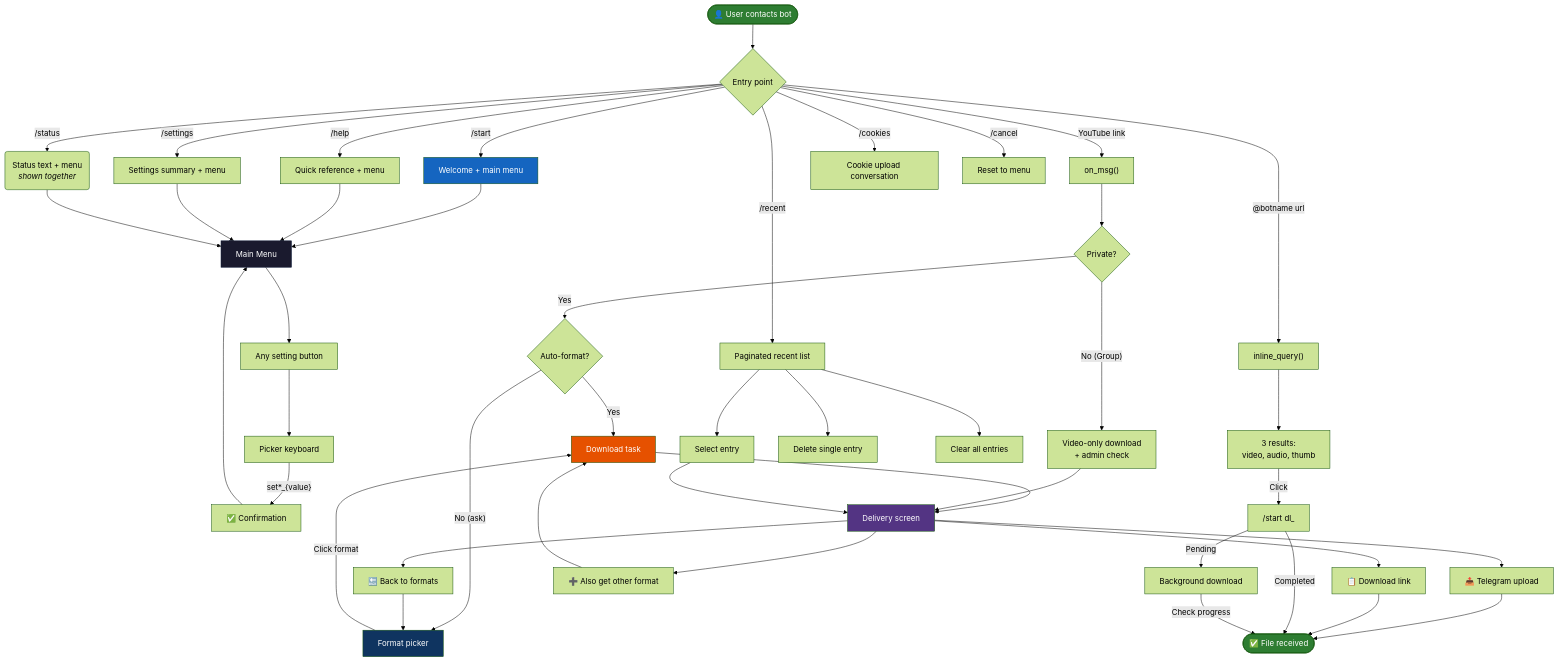
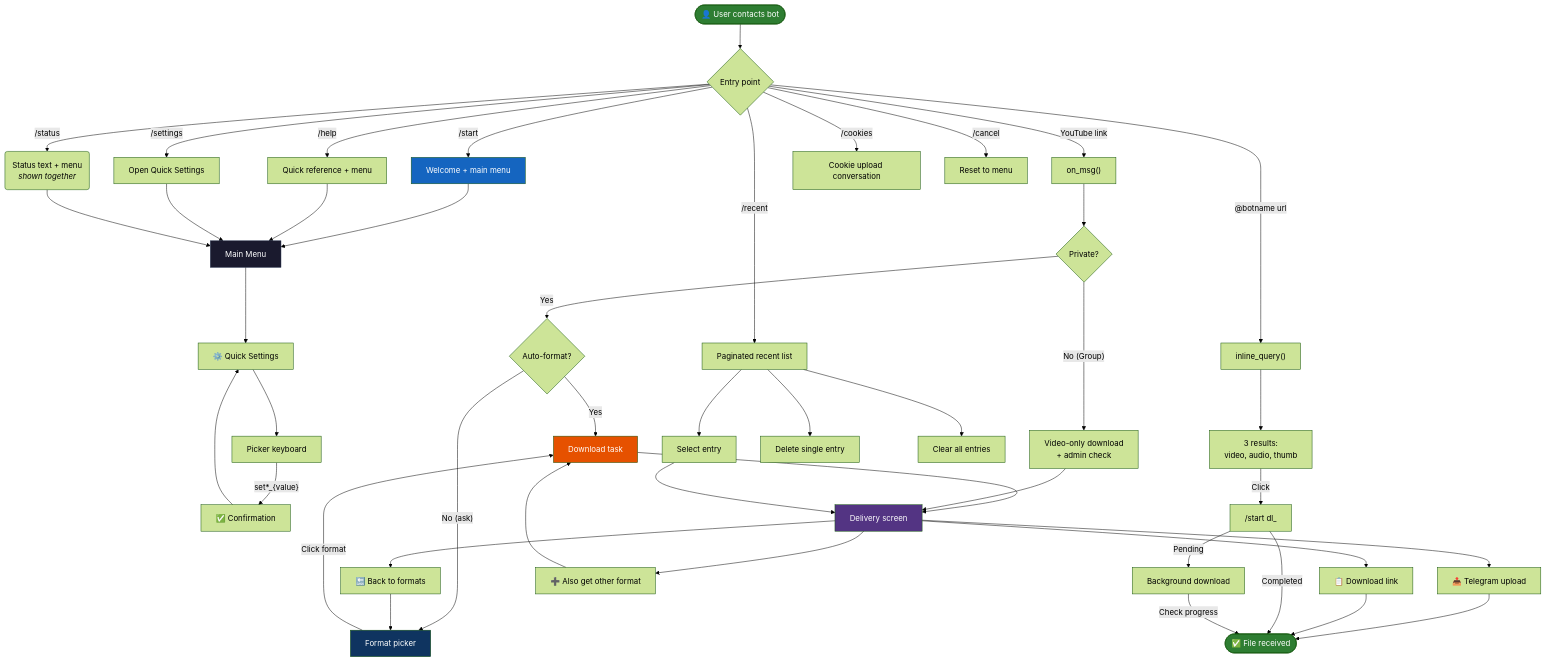
Diagram 17 of 17 in docs/USER_FLOWS.md (HoomanJCode/Telegram_Yt_Bot), drawn with Mermaid (forest theme) before and after one commit. The commit also changed other lines of this file, not shown here.

First line of the commit message:
docs(user-flows): update USER_FLOWS.md for redesigned main menu and Quick Settings

````diff
--- a/docs/USER_FLOWS.md
+++ b/docs/USER_FLOWS.md
@@ -853,63 +905,63 @@
 ```mermaid
 flowchart TB
     START(["👤 User contacts bot"]) --> ENTRY{Entry point}
 
     ENTRY -->|"/start"| WELCOME["Welcome + main menu"]
     ENTRY -->|"YouTube link"| LINK["on_msg()"]
     ENTRY -->|"@botname url"| INLINE["inline_query()"]
     ENTRY -->|"/help"| HELP["Quick reference + menu"]
-    ENTRY -->|"/settings"| SETTINGS_SUM["Settings summary + menu"]
+    ENTRY -->|"/settings"| SETTINGS_SUM["Open Quick Settings"]
     ENTRY -->|"/recent"| RECENT_PAGE["Paginated recent list"]
     ENTRY -->|"/status"| STATUS_PAGE["Warp proxy health"]
     ENTRY -->|"/cookies"| COOKIE_FLOW["Cookie upload conversation"]
     ENTRY -->|"/cancel"| CANCEL_FLOW["Reset to menu"]
 
     WELCOME --> MENU["Main Menu"]
     HELP --> MENU
     SETTINGS_SUM --> MENU
     STATUS_PAGE("Status text + menu<br/><i>shown together</i>") --> MENU
 
-    MENU --> SETTINGS["Any setting button"]
+    MENU --> SETTINGS["⚙️ Quick Settings"]
     SETTINGS --> PICKER["Picker keyboard"]
     PICKER -->|"set*_{value}"| CONFIRM["✅ Confirmation"]
-    CONFIRM --> MENU
+    CONFIRM --> SETTINGS
 
     LINK --> PRIVATE{Private?}
     PRIVATE -->|"Yes"| AUTO_FORMAT{"Auto-format?"}
     AUTO_FORMAT -->|"Yes"| DOWNLOAD["Download task"]
     AUTO_FORMAT -->|"No (ask)"| FORMAT_PICKER["Format picker"]
     FORMAT_PICKER -->|"Click format"| DOWNLOAD
     PRIVATE -->|"No (Group)"| GROUP_DL["Video-only download<br/>+ admin check"]
 
     DOWNLOAD --> DELIVERY_SCREEN["Delivery screen"]
     GROUP_DL --> DELIVERY_SCREEN
 
     DELIVERY_SCREEN --> TG_SEND["📤 Telegram upload"]
     DELIVERY_SCREEN --> DL_LINK["📋 Download link"]
     DELIVERY_SCREEN --> BACK_FMT["🔙 Back to formats"]
     DELIVERY_SCREEN --> ALSO_GET["➕ Also get other format"]
 
     TG_SEND --> DONE(["✅ File received"])
     DL_LINK --> DONE
     BACK_FMT --> FORMAT_PICKER
     ALSO_GET --> DOWNLOAD
 
     INLINE --> INLINE_RESULTS["3 results:<br/>video, audio, thumb"]
     INLINE_RESULTS -->|"Click"| TOKEN_START["/start dl_<token>"]
     TOKEN_START -->|"Completed"| DONE
     TOKEN_START -->|"Pending"| BG_DL["Background download"]
     BG_DL -->|"Check progress"| DONE
 
     RECENT_PAGE --> SELECT_ENTRY["Select entry"]
     SELECT_ENTRY --> DELIVERY_SCREEN
     RECENT_PAGE --> DELETE_ENTRY["Delete single entry"]
     RECENT_PAGE --> CLEAR_ALL["Clear all entries"]
 
     style START fill:#2e7d32,color:#fff
     style WELCOME fill:#1565c0,color:#fff
     style MENU fill:#1a1a2e,color:#fff,stroke:#16213e
     style DOWNLOAD fill:#e65100,color:#fff
     style DELIVERY_SCREEN fill:#533483,color:#fff
     style DONE fill:#2e7d32,color:#fff
     style FORMAT_PICKER fill:#0f3460,color:#fff
 ```
````
